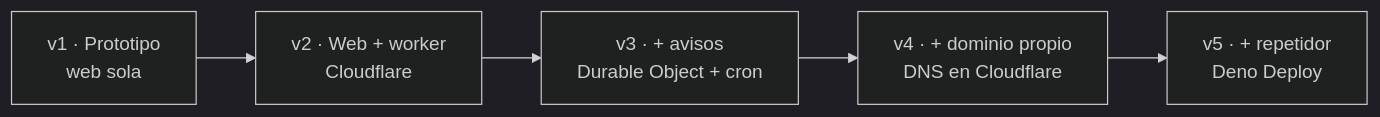
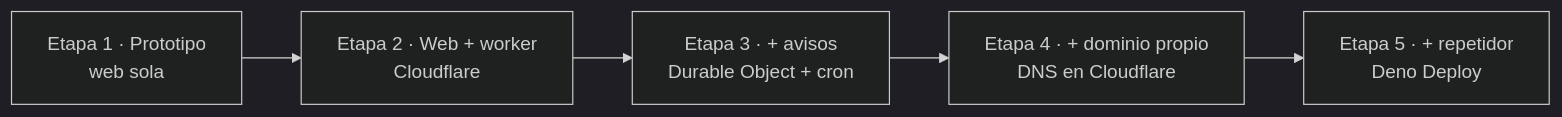
One commit to serbenda/marquesina changed the second of 10 diagrams in docs/HISTORIA.md. Above: the diagram before and after it, drawn with Mermaid (dark theme). The commit also changed other lines of this file and 19 other files, not shown here.

````diff
--- a/docs/HISTORIA.md
+++ b/docs/HISTORIA.md
@@ -56,7 +58,7 @@
 ```mermaid
 flowchart LR
-  V1["v1 · Prototipo<br/>web sola"] --> V2["v2 · Web + worker<br/>Cloudflare"]
-  V2 --> V3["v3 · + avisos<br/>Durable Object + cron"]
-  V3 --> V4["v4 · + dominio propio<br/>DNS en Cloudflare"]
-  V4 --> V5["v5 · + repetidor<br/>Deno Deploy"]
+  V1["Etapa 1 · Prototipo<br/>web sola"] --> V2["Etapa 2 · Web + worker<br/>Cloudflare"]
+  V2 --> V3["Etapa 3 · + avisos<br/>Durable Object + cron"]
+  V3 --> V4["Etapa 4 · + dominio propio<br/>DNS en Cloudflare"]
+  V4 --> V5["Etapa 5 · + repetidor<br/>Deno Deploy"]
 ```
````
